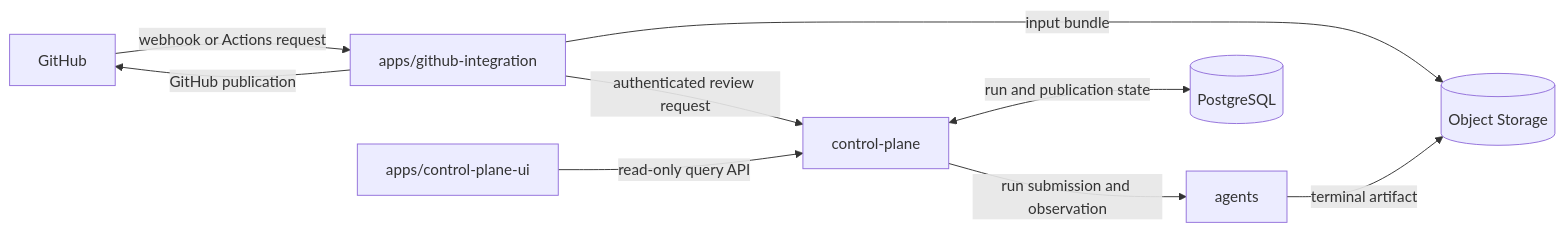
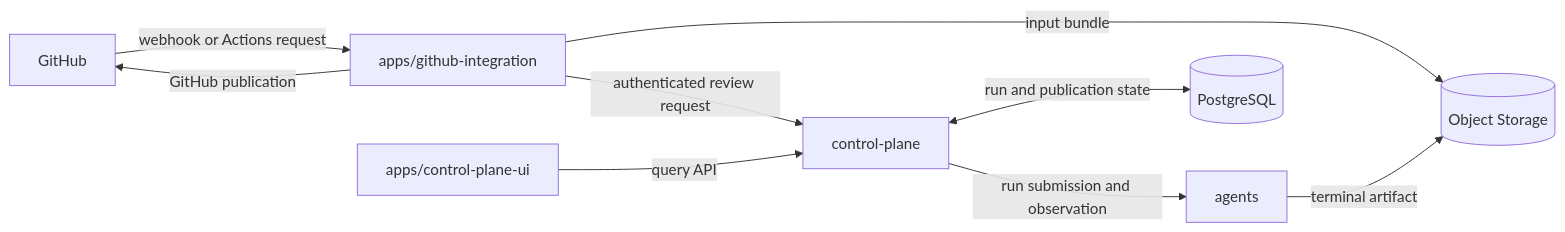
Before and after one commit to Agent-AI-Chalmers/sec-review-bot: the diagram in README.md, drawn with Mermaid. The commit also changed other lines of this file and 167 other files, not shown here.

````diff
--- a/README.md
+++ b/README.md
@@ -50,19 +50,19 @@
 ```mermaid
 flowchart LR
   github[GitHub]
   integration[apps/github-integration]
   control[control-plane]
   ui[apps/control-plane-ui]
   agents[agents]
   storage[(Object Storage)]
   state[(PostgreSQL)]
 
   github -->|webhook or Actions request| integration
   integration -->|authenticated review request| control
   control -->|run submission and observation| agents
   integration -->|input bundle| storage
   agents -->|terminal artifact| storage
   control <-->|run and publication state| state
-  ui -->|read-only query API| control
+  ui -->|query API| control
   integration -->|GitHub publication| github
 ```
````
